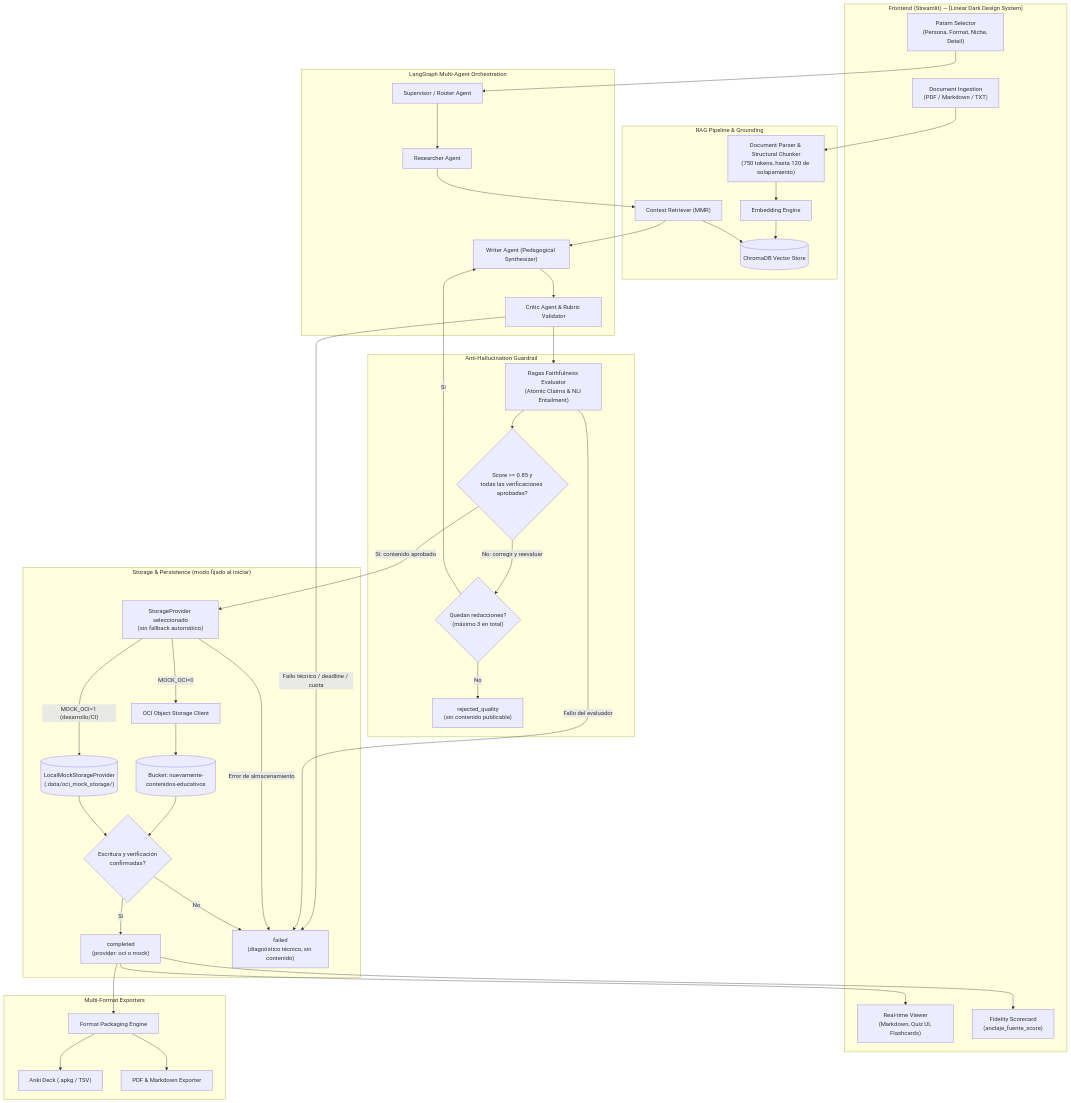
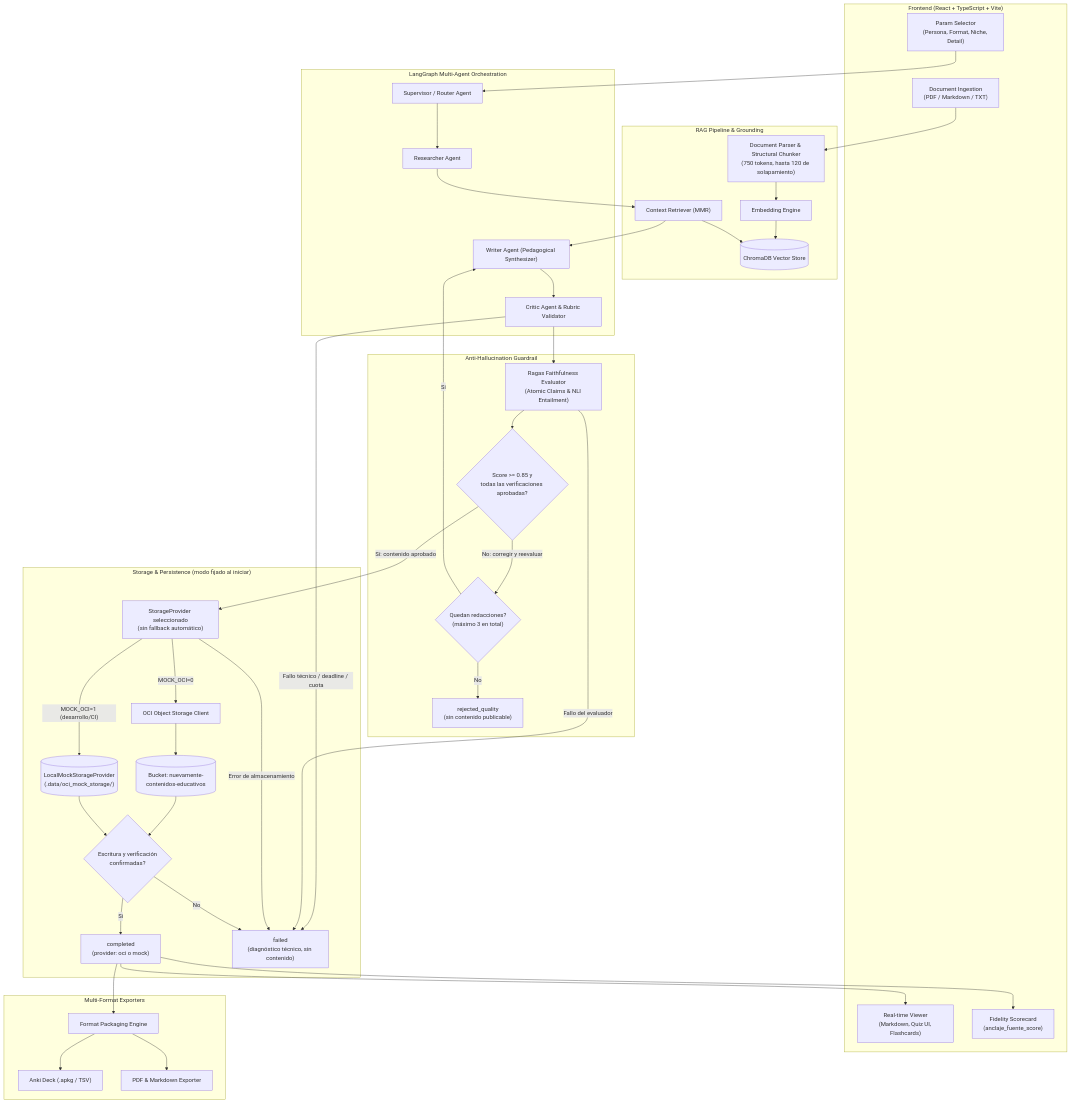
One commit to DavidAlonsoCode/NuevaMente-RAG-Multiagente changed the diagram in README.md. Above: the diagram before and after it, drawn with Mermaid. The commit also changed other lines of this file and 16 other files, not shown here.

````diff
--- a/README.md
+++ b/README.md
@@ -27,76 +27,76 @@
 ```mermaid
 flowchart TB
-    subgraph UI ["Frontend (Streamlit) — [Linear Dark Design System]"]
+    subgraph UI ["Frontend (React + TypeScript + Vite)"]
         DocInput["Document Ingestion<br/>(PDF / Markdown / TXT)"]
         Params["Param Selector<br/>(Persona, Format, Niche, Detail)"]
         Display["Real-time Viewer<br/>(Markdown, Quiz UI, Flashcards)"]
         ScoreWidget["Fidelity Scorecard<br/>(anclaje_fuente_score)"]
     end
 
     subgraph RAG ["RAG Pipeline & Grounding"]
         Parser["Document Parser & Structural Chunker<br/>(750 tokens, hasta 120 de solapamiento)"]
         Embedder["Embedding Engine"]
         Chroma[("ChromaDB Vector Store")]
         Retriever["Context Retriever (MMR)"]
     end
 
     subgraph AGENTS ["LangGraph Multi-Agent Orchestration"]
         Supervisor["Supervisor / Router Agent"]
         Researcher["Researcher Agent"]
         Writer["Writer Agent (Pedagogical Synthesizer)"]
         Critic["Critic Agent & Rubric Validator"]
     end
 
     subgraph VERIFICATION ["Anti-Hallucination Guardrail"]
         RagasFaithfulness["Ragas Faithfulness Evaluator<br/>(Atomic Claims & NLI Entailment)"]
         Quality{"Score >= 0.85 y<br/>todas las verificaciones aprobadas?"}
         Retry{"Quedan redacciones?<br/>(máximo 3 en total)"}
         Rejected["rejected_quality<br/>(sin contenido publicable)"]
     end
 
     subgraph STORAGE ["Storage & Persistence (modo fijado al iniciar)"]
         StorageProvider["StorageProvider seleccionado<br/>(sin fallback automático)"]
         OCIClient["OCI Object Storage Client"]
         Bucket[("Bucket: nuevamente-contenidos-educativos")]
         MockStorage[("LocalMockStorageProvider<br/>(.data/oci_mock_storage/)")]
         Confirmed{"Escritura y verificación<br/>confirmadas?"}
         Completed["completed<br/>(provider: oci o mock)"]
         Failed["failed<br/>(diagnóstico técnico, sin contenido)"]
     end
 
     subgraph EXPORT ["Multi-Format Exporters"]
         ExportRouter["Format Packaging Engine"]
         AnkiExport["Anki Deck (.apkg / TSV)"]
         DocExport["PDF & Markdown Exporter"]
         ExportRouter --> AnkiExport
         ExportRouter --> DocExport
     end
 
     %% Flujos de Información
     DocInput --> Parser --> Embedder --> Chroma
     Params --> Supervisor
     Supervisor --> Researcher
     Researcher --> Retriever --> Chroma
     Retriever --> Writer
     Writer --> Critic
     Critic --> RagasFaithfulness
     RagasFaithfulness --> Quality
     Critic -- "Fallo técnico / deadline / cuota" --> Failed
     RagasFaithfulness -- "Fallo del evaluador" --> Failed
     Quality -- "No: corregir y reevaluar" --> Retry
     Retry -- "Sí" --> Writer
     Retry -- "No" --> Rejected
     Quality -- "Sí: contenido aprobado" --> StorageProvider
 
     StorageProvider -- "MOCK_OCI=0" --> OCIClient
     StorageProvider -- "MOCK_OCI=1 (desarrollo/CI)" --> MockStorage
     OCIClient --> Bucket
     Bucket --> Confirmed
     MockStorage --> Confirmed
     StorageProvider -- "Error de almacenamiento" --> Failed
     Confirmed -- "No" --> Failed
     Confirmed -- "Sí" --> Completed
     Completed --> Display
     Completed --> ScoreWidget
     Completed --> ExportRouter
 ```
````
